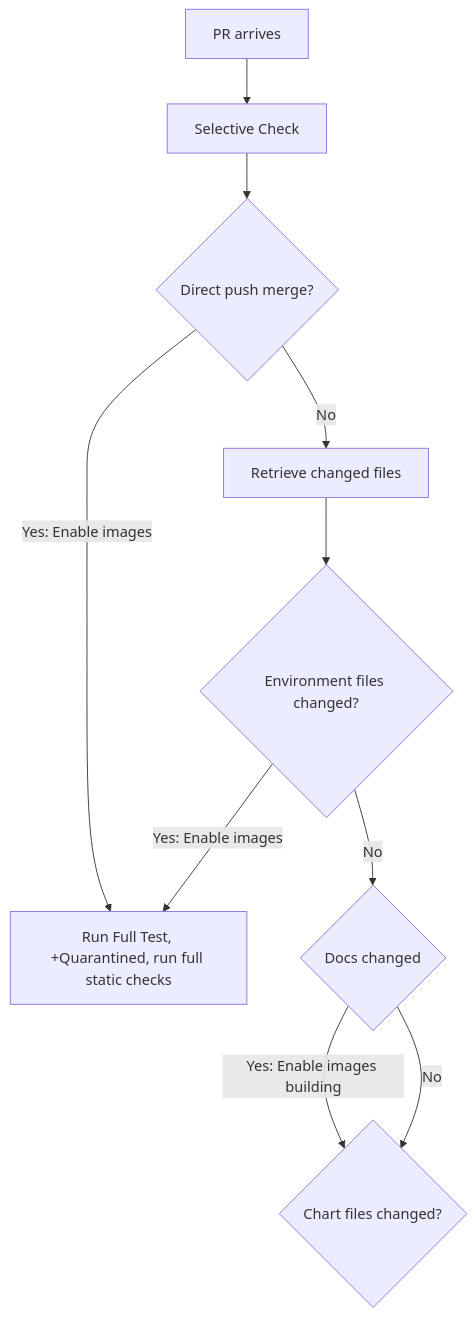
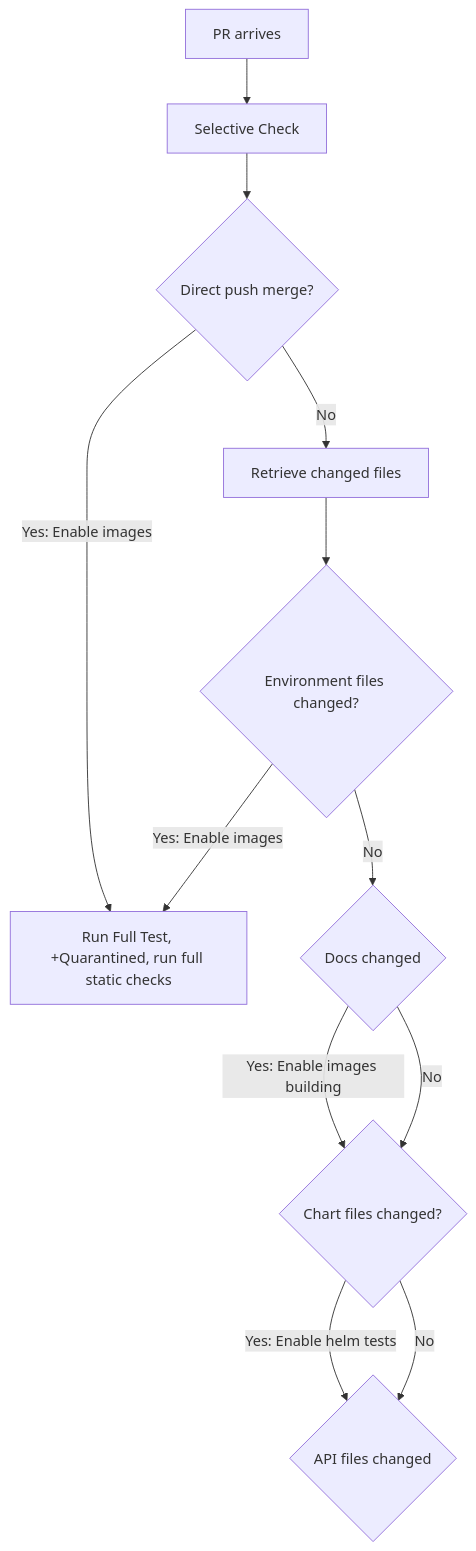
The diagram in README.md (edithturn/golang-training), drawn with Mermaid before and after one commit.

Commit message:
test mermaid

````diff
--- a/README.md
+++ b/README.md
@@ -7,12 +7,14 @@
 ```mermaid
 flowchart TD
 A[PR arrives]-->B[Selective Check]
 B-->C{Direct push merge?}
 C-->|Yes: Enable images| D[Run Full Test, +Quarantined, run full static checks]
 C-->|No| E[Retrieve changed files]
 E-->F{Environment files changed?}
 F-->|Yes: Enable images| D
 F-->|No| G{Docs changed}
 G-->|Yes: Enable images building| I{Chart files changed?}
 G-->|No| I
+I-->|Yes: Enable helm tests| J{API files changed}
+I-->|No| J
 ```
````
